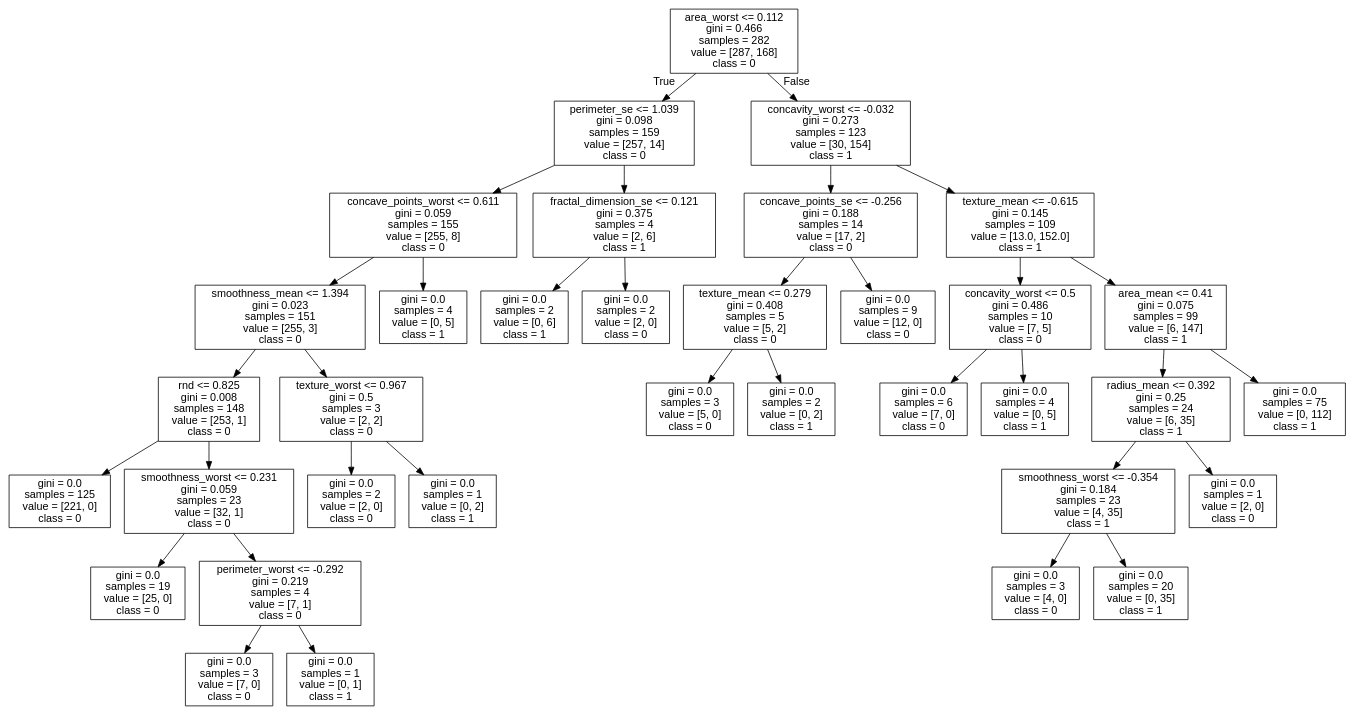
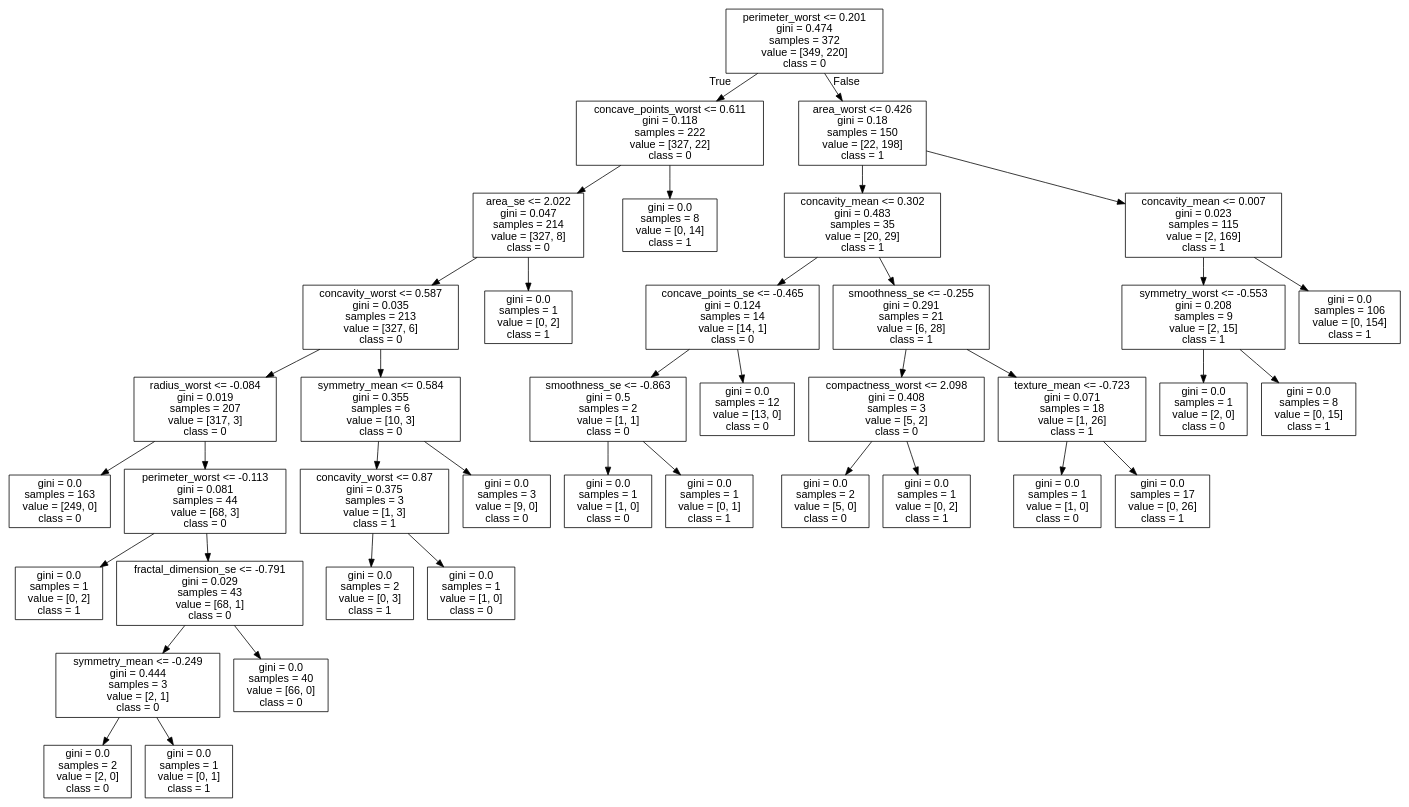
One commit to cyrilvincent/math changed the diagram in data/breast-cancer/out.dot. Above: the diagram before and after it, drawn with Graphviz. The commit also changed 1 other file, not shown here.

```diff
--- a/data/breast-cancer/out.dot
+++ b/data/breast-cancer/out.dot
@@ -1,73 +1,81 @@
 digraph Tree {
 node [shape=box, fontname="helvetica"] ;
 edge [fontname="helvetica"] ;
-0 [label="area_worst <= 0.112\ngini = 0.466\nsamples = 282\nvalue = [287, 168]\nclass = 0"] ;
-1 [label="perimeter_se <= 1.039\ngini = 0.098\nsamples = 159\nvalue = [257, 14]\nclass = 0"] ;
+0 [label="perimeter_worst <= 0.201\ngini = 0.474\nsamples = 372\nvalue = [349, 220]\nclass = 0"] ;
+1 [label="concave_points_worst <= 0.611\ngini = 0.118\nsamples = 222\nvalue = [327, 22]\nclass = 0"] ;
 0 -> 1 [labeldistance=2.5, labelangle=45, headlabel="True"] ;
-2 [label="concave_points_worst <= 0.611\ngini = 0.059\nsamples = 155\nvalue = [255, 8]\nclass = 0"] ;
+2 [label="area_se <= 2.022\ngini = 0.047\nsamples = 214\nvalue = [327, 8]\nclass = 0"] ;
 1 -> 2 ;
-3 [label="smoothness_mean <= 1.394\ngini = 0.023\nsamples = 151\nvalue = [255, 3]\nclass = 0"] ;
+3 [label="concavity_worst <= 0.587\ngini = 0.035\nsamples = 213\nvalue = [327, 6]\nclass = 0"] ;
 2 -> 3 ;
-4 [label="rnd <= 0.825\ngini = 0.008\nsamples = 148\nvalue = [253, 1]\nclass = 0"] ;
+4 [label="radius_worst <= -0.084\ngini = 0.019\nsamples = 207\nvalue = [317, 3]\nclass = 0"] ;
 3 -> 4 ;
-5 [label="gini = 0.0\nsamples = 125\nvalue = [221, 0]\nclass = 0"] ;
+5 [label="gini = 0.0\nsamples = 163\nvalue = [249, 0]\nclass = 0"] ;
 4 -> 5 ;
-6 [label="smoothness_worst <= 0.231\ngini = 0.059\nsamples = 23\nvalue = [32, 1]\nclass = 0"] ;
+6 [label="perimeter_worst <= -0.113\ngini = 0.081\nsamples = 44\nvalue = [68, 3]\nclass = 0"] ;
 4 -> 6 ;
-7 [label="gini = 0.0\nsamples = 19\nvalue = [25, 0]\nclass = 0"] ;
+7 [label="gini = 0.0\nsamples = 1\nvalue = [0, 2]\nclass = 1"] ;
 6 -> 7 ;
-8 [label="perimeter_worst <= -0.292\ngini = 0.219\nsamples = 4\nvalue = [7, 1]\nclass = 0"] ;
+8 [label="fractal_dimension_se <= -0.791\ngini = 0.029\nsamples = 43\nvalue = [68, 1]\nclass = 0"] ;
 6 -> 8 ;
-9 [label="gini = 0.0\nsamples = 3\nvalue = [7, 0]\nclass = 0"] ;
+9 [label="symmetry_mean <= -0.249\ngini = 0.444\nsamples = 3\nvalue = [2, 1]\nclass = 0"] ;
 8 -> 9 ;
-10 [label="gini = 0.0\nsamples = 1\nvalue = [0, 1]\nclass = 1"] ;
-8 -> 10 ;
-11 [label="texture_worst <= 0.967\ngini = 0.5\nsamples = 3\nvalue = [2, 2]\nclass = 0"] ;
-3 -> 11 ;
-12 [label="gini = 0.0\nsamples = 2\nvalue = [2, 0]\nclass = 0"] ;
-11 -> 12 ;
-13 [label="gini = 0.0\nsamples = 1\nvalue = [0, 2]\nclass = 1"] ;
-11 -> 13 ;
-14 [label="gini = 0.0\nsamples = 4\nvalue = [0, 5]\nclass = 1"] ;
-2 -> 14 ;
-15 [label="fractal_dimension_se <= 0.121\ngini = 0.375\nsamples = 4\nvalue = [2, 6]\nclass = 1"] ;
-1 -> 15 ;
-16 [label="gini = 0.0\nsamples = 2\nvalue = [0, 6]\nclass = 1"] ;
-15 -> 16 ;
-17 [label="gini = 0.0\nsamples = 2\nvalue = [2, 0]\nclass = 0"] ;
-15 -> 17 ;
-18 [label="concavity_worst <= -0.032\ngini = 0.273\nsamples = 123\nvalue = [30, 154]\nclass = 1"] ;
-0 -> 18 [labeldistance=2.5, labelangle=-45, headlabel="False"] ;
-19 [label="concave_points_se <= -0.256\ngini = 0.188\nsamples = 14\nvalue = [17, 2]\nclass = 0"] ;
-18 -> 19 ;
-20 [label="texture_mean <= 0.279\ngini = 0.408\nsamples = 5\nvalue = [5, 2]\nclass = 0"] ;
-19 -> 20 ;
-21 [label="gini = 0.0\nsamples = 3\nvalue = [5, 0]\nclass = 0"] ;
+10 [label="gini = 0.0\nsamples = 2\nvalue = [2, 0]\nclass = 0"] ;
+9 -> 10 ;
+11 [label="gini = 0.0\nsamples = 1\nvalue = [0, 1]\nclass = 1"] ;
+9 -> 11 ;
+12 [label="gini = 0.0\nsamples = 40\nvalue = [66, 0]\nclass = 0"] ;
+8 -> 12 ;
+13 [label="symmetry_mean <= 0.584\ngini = 0.355\nsamples = 6\nvalue = [10, 3]\nclass = 0"] ;
+3 -> 13 ;
+14 [label="concavity_worst <= 0.87\ngini = 0.375\nsamples = 3\nvalue = [1, 3]\nclass = 1"] ;
+13 -> 14 ;
+15 [label="gini = 0.0\nsamples = 2\nvalue = [0, 3]\nclass = 1"] ;
+14 -> 15 ;
+16 [label="gini = 0.0\nsamples = 1\nvalue = [1, 0]\nclass = 0"] ;
+14 -> 16 ;
+17 [label="gini = 0.0\nsamples = 3\nvalue = [9, 0]\nclass = 0"] ;
+13 -> 17 ;
+18 [label="gini = 0.0\nsamples = 1\nvalue = [0, 2]\nclass = 1"] ;
+2 -> 18 ;
+19 [label="gini = 0.0\nsamples = 8\nvalue = [0, 14]\nclass = 1"] ;
+1 -> 19 ;
+20 [label="area_worst <= 0.426\ngini = 0.18\nsamples = 150\nvalue = [22, 198]\nclass = 1"] ;
+0 -> 20 [labeldistance=2.5, labelangle=-45, headlabel="False"] ;
+21 [label="concavity_mean <= 0.302\ngini = 0.483\nsamples = 35\nvalue = [20, 29]\nclass = 1"] ;
 20 -> 21 ;
-22 [label="gini = 0.0\nsamples = 2\nvalue = [0, 2]\nclass = 1"] ;
-20 -> 22 ;
-23 [label="gini = 0.0\nsamples = 9\nvalue = [12, 0]\nclass = 0"] ;
-19 -> 23 ;
-24 [label="texture_mean <= -0.615\ngini = 0.145\nsamples = 109\nvalue = [13.0, 152.0]\nclass = 1"] ;
-18 -> 24 ;
-25 [label="concavity_worst <= 0.5\ngini = 0.486\nsamples = 10\nvalue = [7, 5]\nclass = 0"] ;
-24 -> 25 ;
-26 [label="gini = 0.0\nsamples = 6\nvalue = [7, 0]\nclass = 0"] ;
-25 -> 26 ;
-27 [label="gini = 0.0\nsamples = 4\nvalue = [0, 5]\nclass = 1"] ;
-25 -> 27 ;
-28 [label="area_mean <= 0.41\ngini = 0.075\nsamples = 99\nvalue = [6, 147]\nclass = 1"] ;
-24 -> 28 ;
-29 [label="radius_mean <= 0.392\ngini = 0.25\nsamples = 24\nvalue = [6, 35]\nclass = 1"] ;
+22 [label="concave_points_se <= -0.465\ngini = 0.124\nsamples = 14\nvalue = [14, 1]\nclass = 0"] ;
+21 -> 22 ;
+23 [label="smoothness_se <= -0.863\ngini = 0.5\nsamples = 2\nvalue = [1, 1]\nclass = 0"] ;
+22 -> 23 ;
+24 [label="gini = 0.0\nsamples = 1\nvalue = [1, 0]\nclass = 0"] ;
+23 -> 24 ;
+25 [label="gini = 0.0\nsamples = 1\nvalue = [0, 1]\nclass = 1"] ;
+23 -> 25 ;
+26 [label="gini = 0.0\nsamples = 12\nvalue = [13, 0]\nclass = 0"] ;
+22 -> 26 ;
+27 [label="smoothness_se <= -0.255\ngini = 0.291\nsamples = 21\nvalue = [6, 28]\nclass = 1"] ;
+21 -> 27 ;
+28 [label="compactness_worst <= 2.098\ngini = 0.408\nsamples = 3\nvalue = [5, 2]\nclass = 0"] ;
+27 -> 28 ;
+29 [label="gini = 0.0\nsamples = 2\nvalue = [5, 0]\nclass = 0"] ;
 28 -> 29 ;
-30 [label="smoothness_worst <= -0.354\ngini = 0.184\nsamples = 23\nvalue = [4, 35]\nclass = 1"] ;
-29 -> 30 ;
-31 [label="gini = 0.0\nsamples = 3\nvalue = [4, 0]\nclass = 0"] ;
-30 -> 31 ;
-32 [label="gini = 0.0\nsamples = 20\nvalue = [0, 35]\nclass = 1"] ;
-30 -> 32 ;
-33 [label="gini = 0.0\nsamples = 1\nvalue = [2, 0]\nclass = 0"] ;
-29 -> 33 ;
-34 [label="gini = 0.0\nsamples = 75\nvalue = [0, 112]\nclass = 1"] ;
-28 -> 34 ;
+30 [label="gini = 0.0\nsamples = 1\nvalue = [0, 2]\nclass = 1"] ;
+28 -> 30 ;
+31 [label="texture_mean <= -0.723\ngini = 0.071\nsamples = 18\nvalue = [1, 26]\nclass = 1"] ;
+27 -> 31 ;
+32 [label="gini = 0.0\nsamples = 1\nvalue = [1, 0]\nclass = 0"] ;
+31 -> 32 ;
+33 [label="gini = 0.0\nsamples = 17\nvalue = [0, 26]\nclass = 1"] ;
+31 -> 33 ;
+34 [label="concavity_mean <= 0.007\ngini = 0.023\nsamples = 115\nvalue = [2, 169]\nclass = 1"] ;
+20 -> 34 ;
+35 [label="symmetry_worst <= -0.553\ngini = 0.208\nsamples = 9\nvalue = [2, 15]\nclass = 1"] ;
+34 -> 35 ;
+36 [label="gini = 0.0\nsamples = 1\nvalue = [2, 0]\nclass = 0"] ;
+35 -> 36 ;
+37 [label="gini = 0.0\nsamples = 8\nvalue = [0, 15]\nclass = 1"] ;
+35 -> 37 ;
+38 [label="gini = 0.0\nsamples = 106\nvalue = [0, 154]\nclass = 1"] ;
+34 -> 38 ;
 }
```
